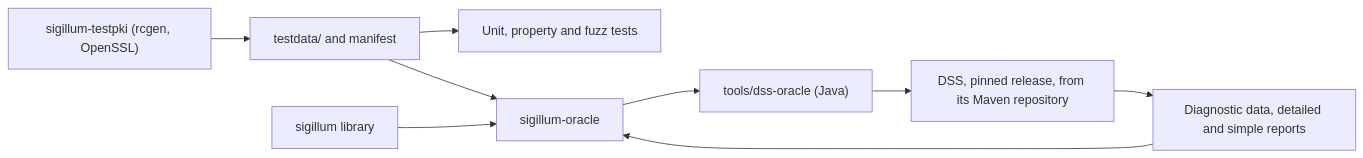
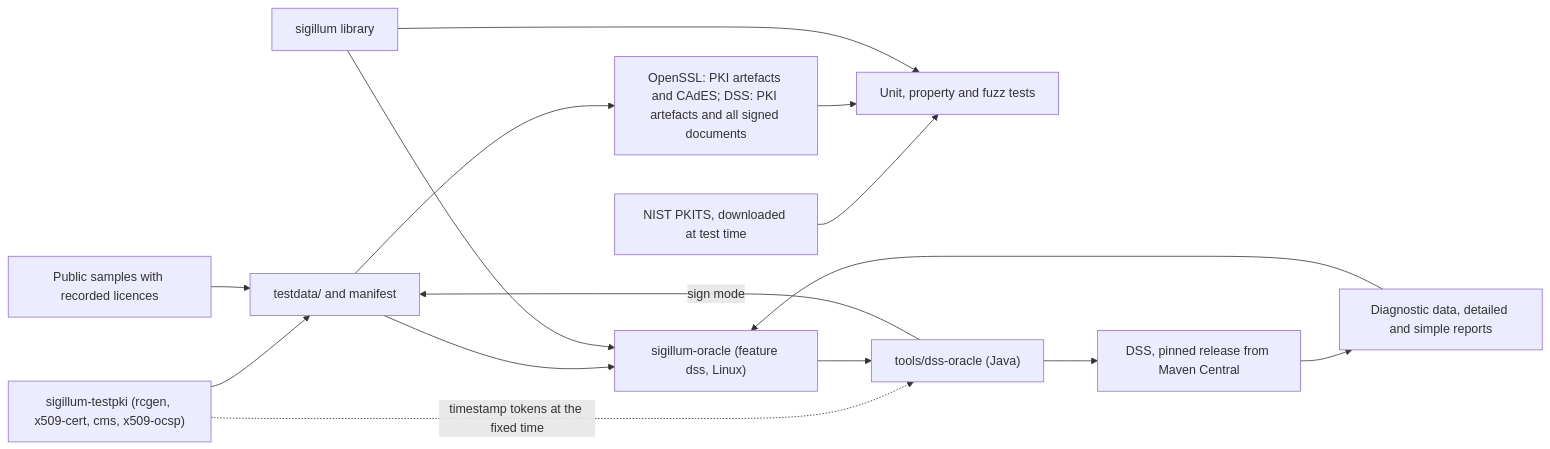
One commit to cyberverso-net/sigillum changed the second of 2 diagrams in docs/design/architecture.md. Above: the diagram before and after it, drawn with Mermaid. The commit also changed other lines of this file and 16 other files, not shown here.

````diff
--- a/docs/design/architecture.md
+++ b/docs/design/architecture.md
@@ -70,11 +74,17 @@
 ```mermaid
 flowchart LR
-    TPKI["sigillum-testpki (rcgen, OpenSSL)"] --> DATA["testdata/ and manifest"]
-    DATA --> TESTS["Unit, property and fuzz tests"]
-    DATA --> ORACLE["sigillum-oracle"]
-    LIB["sigillum library"] --> ORACLE
+    TPKI["sigillum-testpki (rcgen, x509-cert, cms, x509-ocsp)"] --> DATA["testdata/ and manifest"]
+    PKITS["NIST PKITS, downloaded at test time"] --> TESTS
+    SAMPLES["Public samples with recorded licences"] --> DATA
+    CLI -- "sign mode" --> DATA
+    TPKI -. "timestamp tokens at the fixed time" .-> CLI
+    DATA --> CHECK["OpenSSL: PKI artefacts and CAdES; DSS: PKI artefacts and all signed documents"]
+    CHECK --> TESTS["Unit, property and fuzz tests"]
+    DATA --> ORACLE["sigillum-oracle (feature dss, Linux)"]
+    LIB["sigillum library"] --> TESTS
+    LIB --> ORACLE
     ORACLE --> CLI["tools/dss-oracle (Java)"]
-    CLI --> DSS["DSS, pinned release, from its Maven repository"]
+    CLI --> DSS["DSS, pinned release from Maven Central"]
     DSS --> REPORTS["Diagnostic data, detailed and simple reports"]
     REPORTS --> ORACLE
 ```
````
